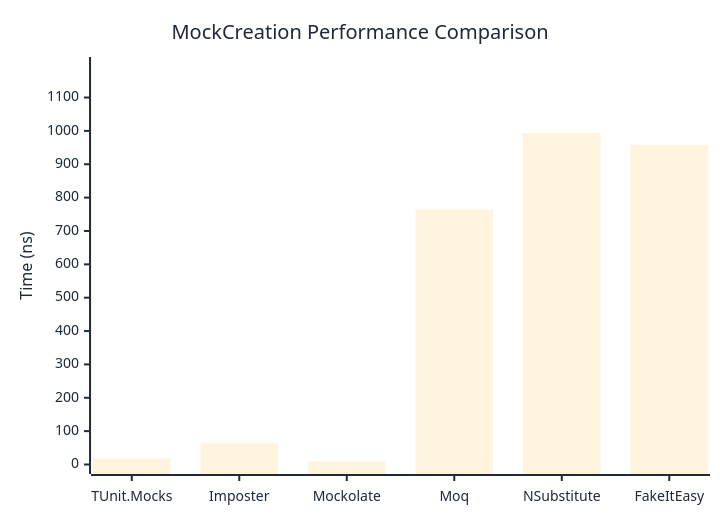
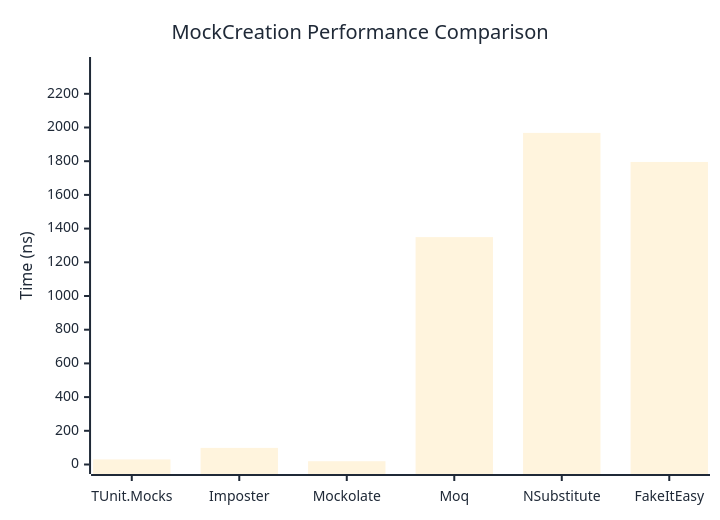
The first of 2 diagrams in docs/docs/benchmarks/mocks/MockCreation.md (thomhurst/TUnit), drawn with Mermaid before and after one commit. The commit also changed other lines of this file and 14 other files, not shown here.

````diff
--- a/docs/docs/benchmarks/mocks/MockCreation.md
+++ b/docs/docs/benchmarks/mocks/MockCreation.md
@@ -30,27 +30,27 @@
 ```mermaid
 %%{init: {
   'theme':'base',
   'themeVariables': {
     'primaryColor': '#2563eb',
     'primaryTextColor': '#1f2937',
     'primaryBorderColor': '#1e40af',
     'lineColor': '#6b7280',
     'secondaryColor': '#7c3aed',
     'tertiaryColor': '#dc2626',
     'background': '#ffffff',
     'pie1': '#2563eb',
     'pie2': '#7c3aed',
     'pie3': '#dc2626',
     'pie4': '#f59e0b',
     'pie5': '#10b981',
     'pie6': '#06b6d4',
     'pie7': '#ec4899',
     'pie8': '#6366f1'
   }
 }}%%
 xychart-beta
   title "MockCreation Performance Comparison"
   x-axis ["TUnit.Mocks", "Imposter", "Mockolate", "Moq", "NSubstitute", "FakeItEasy"]
-  y-axis "Time (ns)" 0 --> 1193
-  bar [18.132, 65.742, 9.959, 764.295, 993.67, 958.064]
+  y-axis "Time (ns)" 0 --> 2362
+  bar [30.2, 98.53, 19.51, 1349.61, 1967.9, 1795.48]
 ```
````
